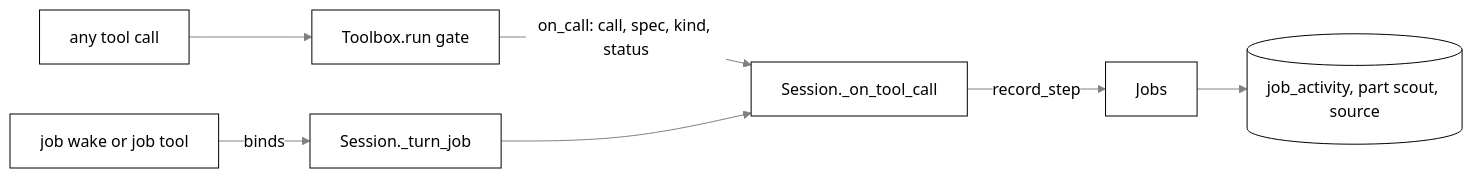
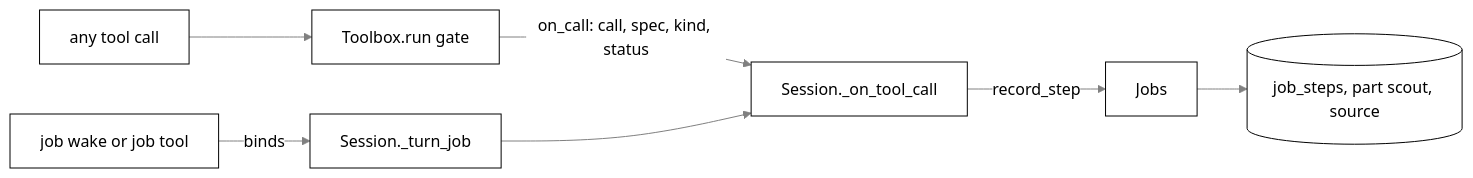
One commit to nadeem4/tagalong changed the eighth of 10 diagrams in docs/brain.md. Above: the diagram before and after it, drawn with Mermaid. The commit also changed other lines of this file and 4 other files, not shown here.

Commit message:
docs(brain): job steps, resume after restart and work_status (S2b)

````diff
--- a/docs/brain.md
+++ b/docs/brain.md
@@ -1288,9 +1292,9 @@
 ```mermaid
 %%{init: {"theme": "base", "themeVariables": {"primaryColor": "#ffffff", "primaryTextColor": "#000000", "primaryBorderColor": "#000000", "lineColor": "#808080", "arrowheadColor": "#808080", "secondaryColor": "#f2f2f2", "tertiaryColor": "#ffffff", "clusterBkg": "#f7f7f7", "clusterBorder": "#808080", "edgeLabelBackground": "#ffffff", "titleColor": "#808080", "actorBkg": "#ffffff", "actorBorder": "#000000", "actorTextColor": "#000000", "actorLineColor": "#808080", "signalColor": "#808080", "signalTextColor": "#808080", "sequenceNumberColor": "#ffffff", "labelBoxBkgColor": "#ffffff", "labelBoxBorderColor": "#808080", "labelTextColor": "#000000", "loopTextColor": "#808080", "noteBkgColor": "#f7f7f7", "noteBorderColor": "#808080", "noteTextColor": "#000000", "activationBkgColor": "#f7f7f7", "activationBorderColor": "#808080", "fontFamily": "Segoe UI, Helvetica, Arial, sans-serif"}}}%%
 flowchart LR
   W[job wake or job tool] -->|binds| T[Session._turn_job]
   C[any tool call] --> G[Toolbox.run gate]
   G -->|on_call: call, spec, kind, status| S[Session._on_tool_call]
   T --> S
-  S -->|record_step| J[Jobs] --> A[(job_activity, part scout, source)]
+  S -->|record_step| J[Jobs] --> A[(job_steps, part scout, source)]
 ```
````
